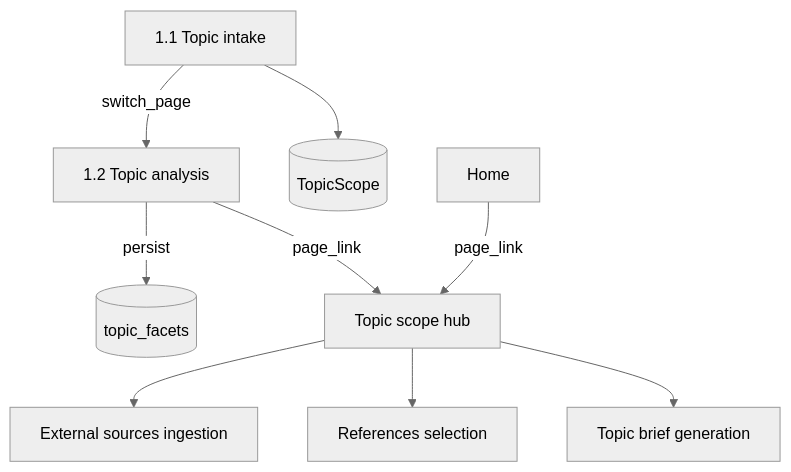
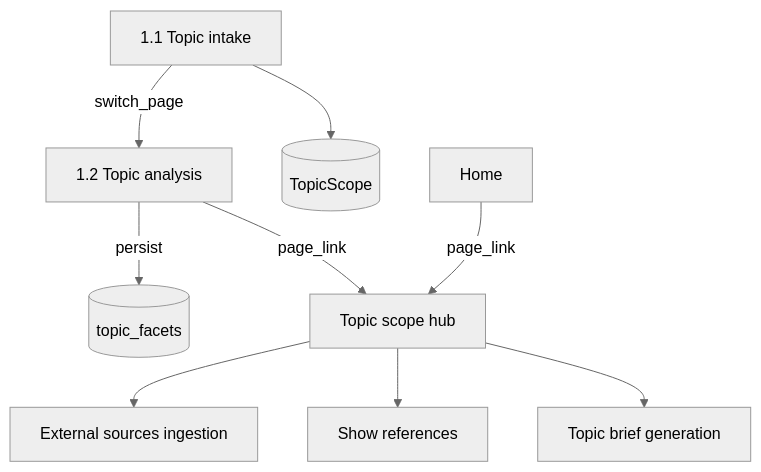
The diagram in docs/specs/1.2-topic-analysis.md (GustavoRusso/paper-reviewer), drawn with Mermaid (neutral theme) before and after one commit. The commit also changed other lines of this file and 17 other files, not shown here.

Commit message:
removed the "References selection" landing page. the hub goes straight to Show references

````diff
--- a/docs/specs/1.2-topic-analysis.md
+++ b/docs/specs/1.2-topic-analysis.md
@@ -50,20 +50,20 @@
 ```mermaid
 flowchart TB
   home[Home]
   intake[1.1 Topic intake]
   scope[(TopicScope)]
   analyze[1.2 Topic analysis]
   facets[(topic_facets)]
   hub[Topic scope hub]
   ingest[External sources ingestion]
-  referencesSelection[References selection]
+  referencesSelection[Show references]
   topicBrief[Topic brief generation]
   home -->|page_link| hub
   intake -->|switch_page| analyze
   intake --> scope
   analyze -->|persist| facets
   analyze -->|page_link| hub
   hub --> ingest
   hub --> referencesSelection
   hub --> topicBrief
 ```
````
